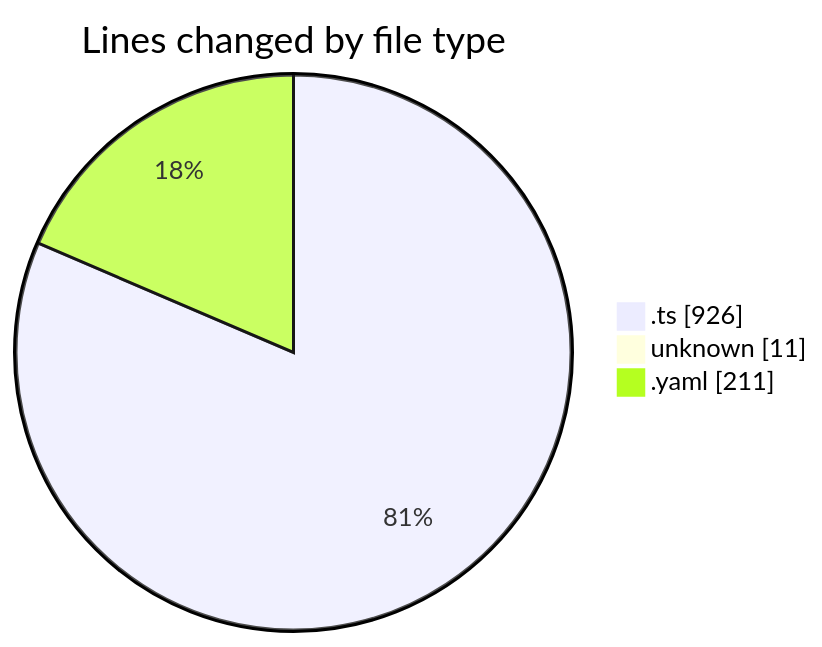
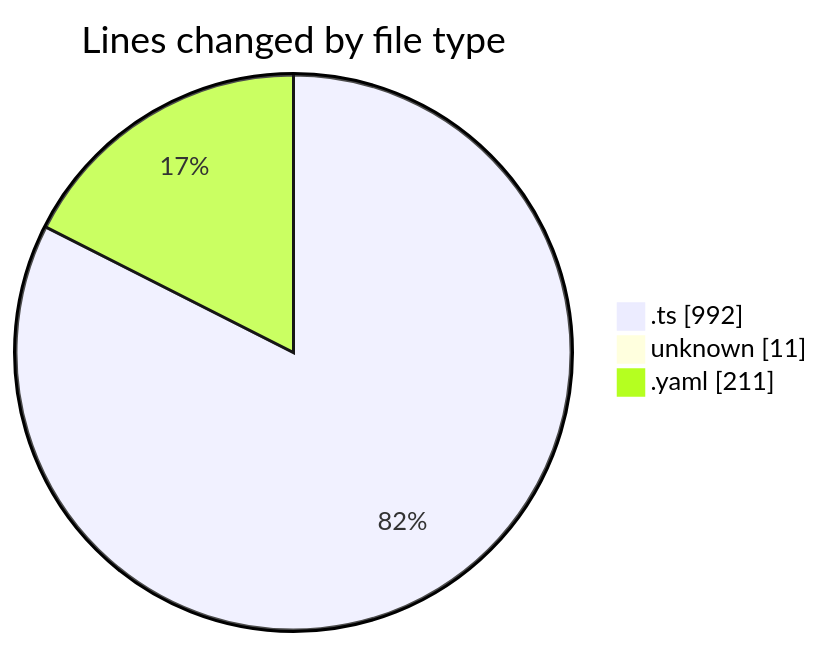
The first of 2 diagrams in 2025-10-01/oura-api/README.md (mevix1/code-tracking), drawn with Mermaid before and after one commit. The commit also changed other lines of this file and 1 other file, not shown here.

````diff
--- a/2025-10-01/oura-api/README.md
+++ b/2025-10-01/oura-api/README.md
@@ -25,7 +26,7 @@
 ```mermaid
 pie showData
 title Lines changed by file type
-".ts" : 926
+".ts" : 992
 "unknown" : 11
 ".yaml" : 211
 ```
````
